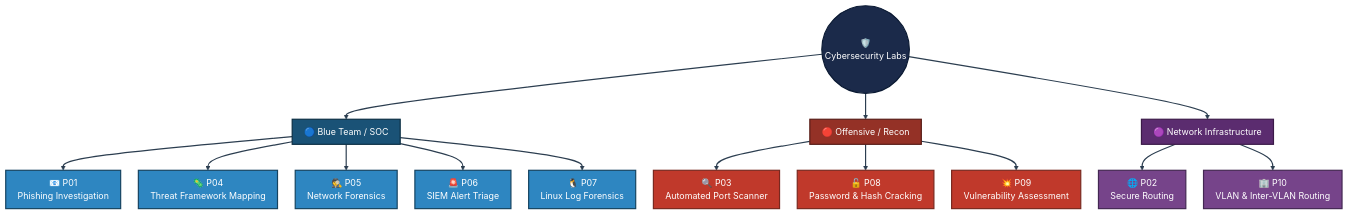
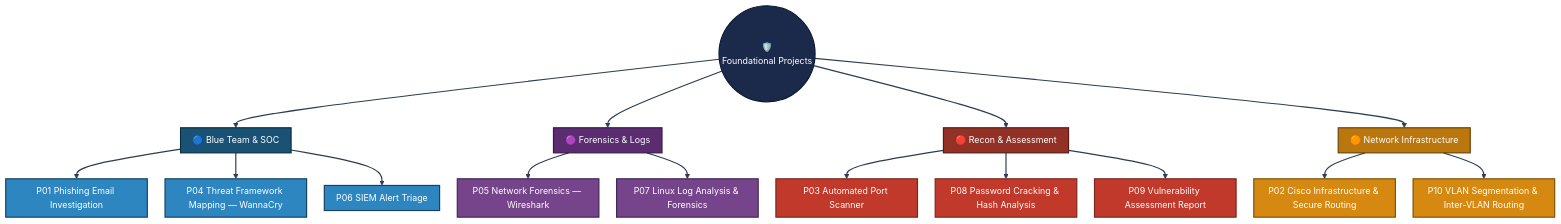
One commit to malaika-azhar/Cybersecurity-Lab-Projects changed the first of 2 diagrams in 1-Foundational-Projects/README.md. Above: the diagram before and after it, drawn with Mermaid. The commit also changed other lines of this file, not shown here.

````diff
--- a/1-Foundational-Projects/README.md
+++ b/1-Foundational-Projects/README.md
@@ -139,25 +112,28 @@
 ```mermaid
 %%{init: {'theme': 'base', 'themeVariables': {'fontSize': '15px'}, 'flowchart': {'nodeSpacing': 30, 'rankSpacing': 44, 'padding': 10}}}%%
 flowchart TB
-    ROOT(("🛡️<br/>Cybersecurity Labs")):::root --> BLUE["🔵 Blue Team / SOC"]:::blue
-    ROOT --> RED["🔴 Offensive / Recon"]:::red
-    ROOT --> NET["🟣 Network Infrastructure"]:::net
-    BLUE --> P01["📧 P01<br/>Phishing Investigation"]:::leafBlue
-    BLUE --> P04["🦠 P04<br/>Threat Framework Mapping"]:::leafBlue
-    BLUE --> P05["🕵️ P05<br/>Network Forensics"]:::leafBlue
-    BLUE --> P06["🚨 P06<br/>SIEM Alert Triage"]:::leafBlue
-    BLUE --> P07["🐧 P07<br/>Linux Log Forensics"]:::leafBlue
-    RED --> P03["🔍 P03<br/>Automated Port Scanner"]:::leafRed
-    RED --> P08["🔓 P08<br/>Password & Hash Cracking"]:::leafRed
-    RED --> P09["💥 P09<br/>Vulnerability Assessment"]:::leafRed
-    NET --> P02["🌐 P02<br/>Secure Routing"]:::leafNet
-    NET --> P10["🏢 P10<br/>VLAN & Inter-VLAN Routing"]:::leafNet
+    ROOT(("🛡️<br/>Foundational Projects")):::root --> BLUE["🔵 Blue Team & SOC"]:::blue
+    ROOT --> FOR["🟣 Forensics & Logs"]:::purple
+    ROOT --> OFF["🔴 Recon & Assessment"]:::red
+    ROOT --> NET["🟠 Network Infrastructure"]:::orange
+    BLUE --> B1["P01 Phishing Email Investigation"]:::leafBlue
+    BLUE --> B2["P04 Threat Framework Mapping — WannaCry"]:::leafBlue
+    BLUE --> B3["P06 SIEM Alert Triage"]:::leafBlue
+    FOR --> F1["P05 Network Forensics — Wireshark"]:::leafPurple
+    FOR --> F2["P07 Linux Log Analysis & Forensics"]:::leafPurple
+    OFF --> O1["P03 Automated Port Scanner"]:::leafRed
+    OFF --> O2["P08 Password Cracking & Hash Analysis"]:::leafRed
+    OFF --> O3["P09 Vulnerability Assessment Report"]:::leafRed
+    NET --> N1["P02 Cisco Infrastructure & Secure Routing"]:::leafOrange
+    NET --> N2["P10 VLAN Segmentation & Inter-VLAN Routing"]:::leafOrange
     classDef root fill:#1B2A4A,stroke:#0B1A33,stroke-width:2px,color:#FFFFFF
     classDef blue fill:#1A5276,stroke:#0B2E43,stroke-width:2px,color:#FFFFFF
+    classDef purple fill:#5B2C6F,stroke:#3B1A48,stroke-width:2px,color:#FFFFFF
     classDef red fill:#943126,stroke:#571C16,stroke-width:2px,color:#FFFFFF
-    classDef net fill:#5B2C6F,stroke:#3B1A48,stroke-width:2px,color:#FFFFFF
+    classDef orange fill:#B9770E,stroke:#6E4409,stroke-width:2px,color:#FFFFFF
     classDef leafBlue fill:#2E86C1,stroke:#154360,stroke-width:2px,color:#FFFFFF
+    classDef leafPurple fill:#76448A,stroke:#432752,stroke-width:2px,color:#FFFFFF
     classDef leafRed fill:#C0392B,stroke:#78281F,stroke-width:2px,color:#FFFFFF
-    classDef leafNet fill:#76448A,stroke:#432752,stroke-width:2px,color:#FFFFFF
+    classDef leafOrange fill:#D68910,stroke:#7E5109,stroke-width:2px,color:#FFFFFF
     linkStyle default stroke:#2C3E50,stroke-width:2px
 ```
````
